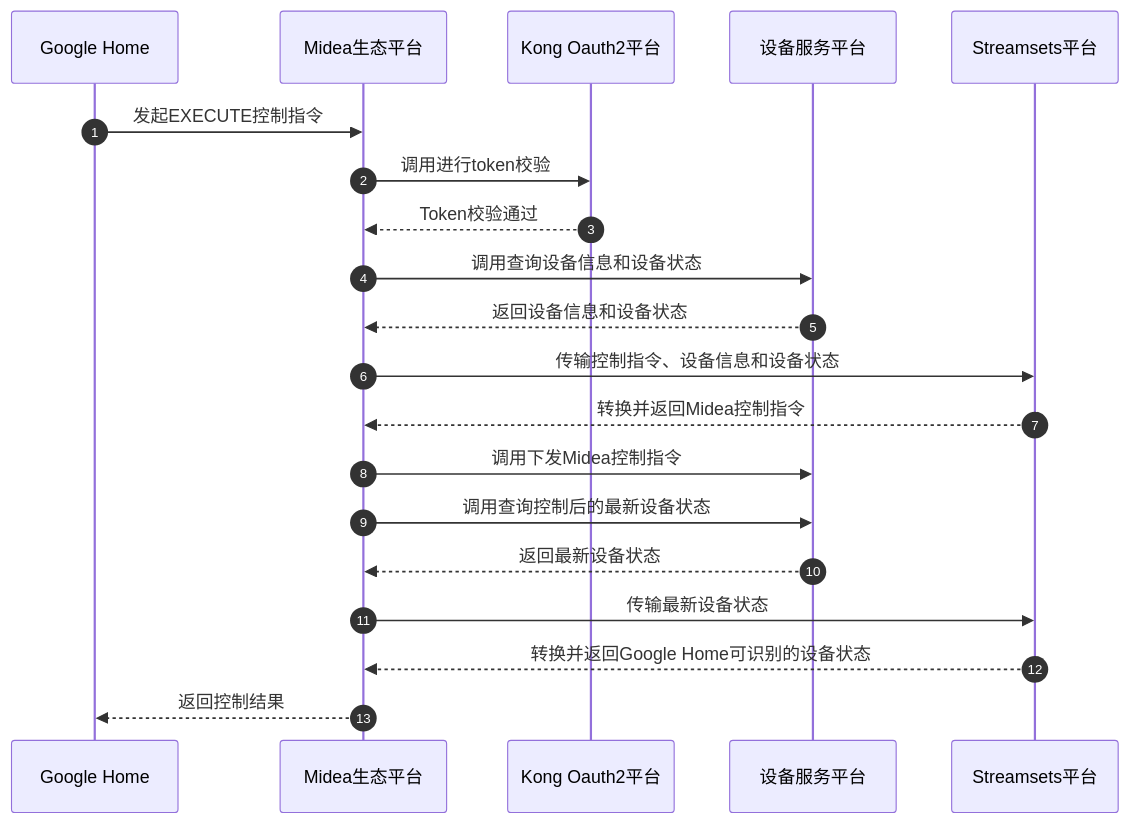
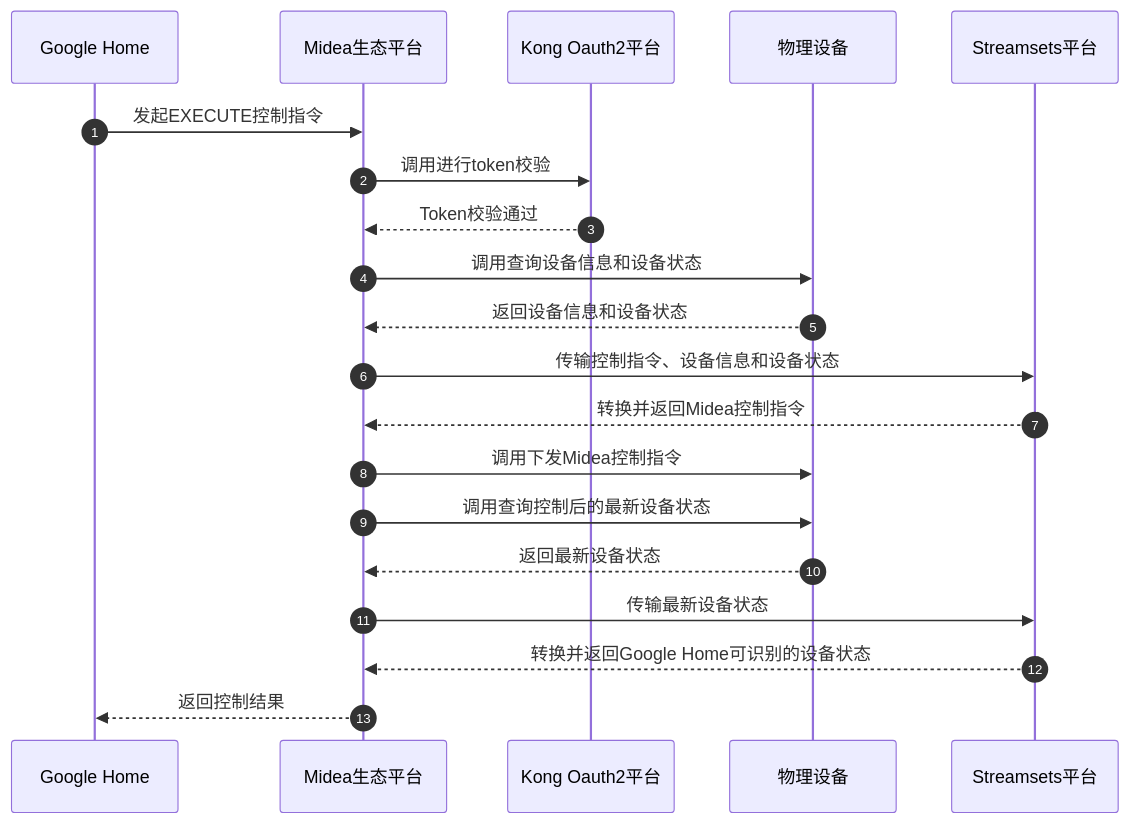
One commit to ixiaoyang8/iodraw-files changed the diagram in all/未命名-19.md. Above: the diagram before and after it, drawn with Mermaid.

Commit message:
2026-06-11 11:14:40 update

````diff
--- a/all/未命名-19.md
+++ b/all/未命名-19.md
@@ -1,25 +1,25 @@
 ```mermaid
 sequenceDiagram
     autonumber
     participant GoogleHome as Google Home
     participant MideaEco as Midea生态平台
     participant KongOAuth as Kong Oauth2平台
     participant DevService as 设备服务平台
-    participant DevService as 设备服务平台
+    participant DevService as 物理设备
     participant Streamsets as Streamsets平台
 
     GoogleHome->>MideaEco: 发起EXECUTE控制指令
     MideaEco->>KongOAuth: 调用进行token校验
     KongOAuth-->>MideaEco: Token校验通过
     MideaEco->>DevService: 调用查询设备信息和设备状态
     DevService-->>MideaEco: 返回设备信息和设备状态
     MideaEco->>Streamsets: 传输控制指令、设备信息和设备状态
     Streamsets-->>MideaEco: 转换并返回Midea控制指令
     MideaEco->>DevService: 调用下发Midea控制指令
     MideaEco->>DevService: 调用查询控制后的最新设备状态
     DevService-->>MideaEco: 返回最新设备状态
     MideaEco->>Streamsets: 传输最新设备状态
     Streamsets-->>MideaEco: 转换并返回Google Home可识别的设备状态
     MideaEco-->>GoogleHome: 返回控制结果
 
 ```
````
